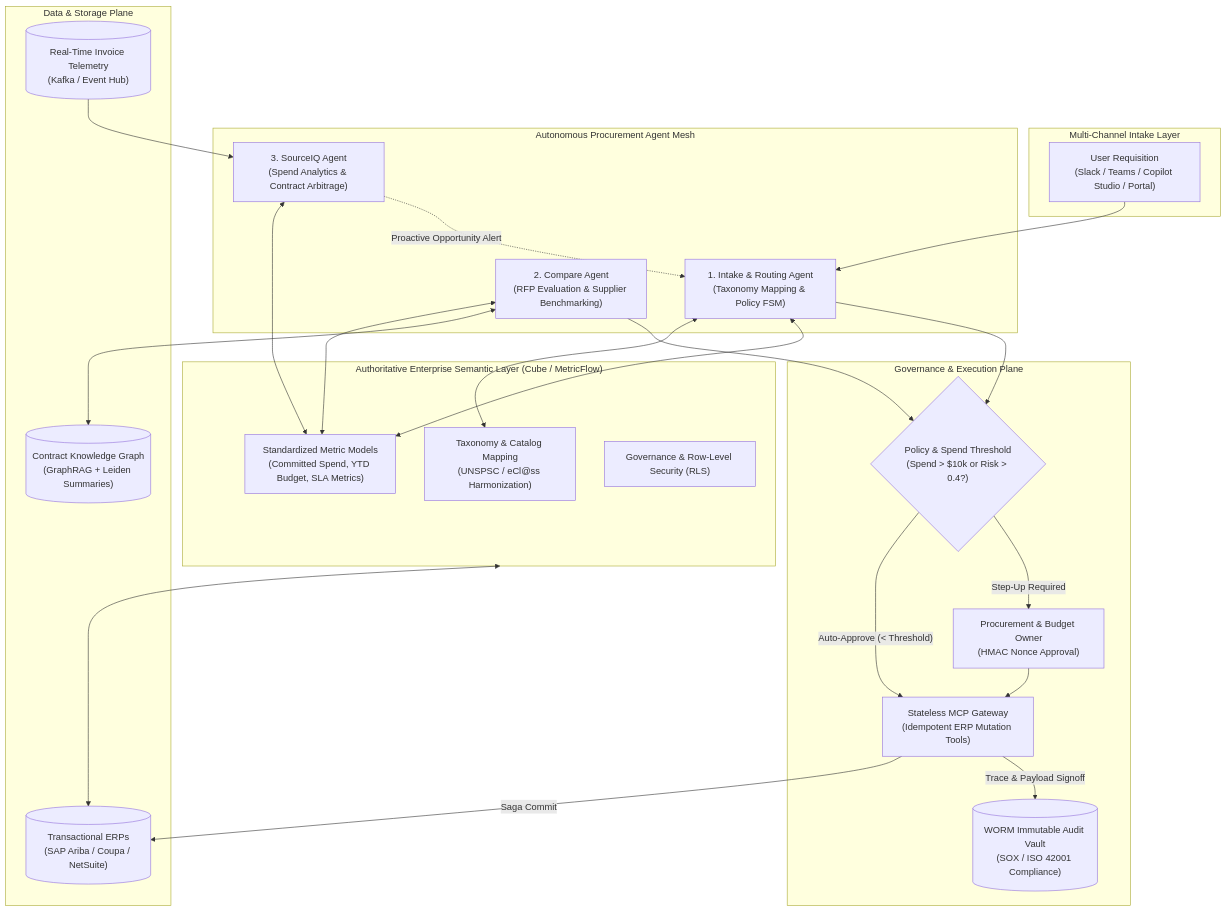
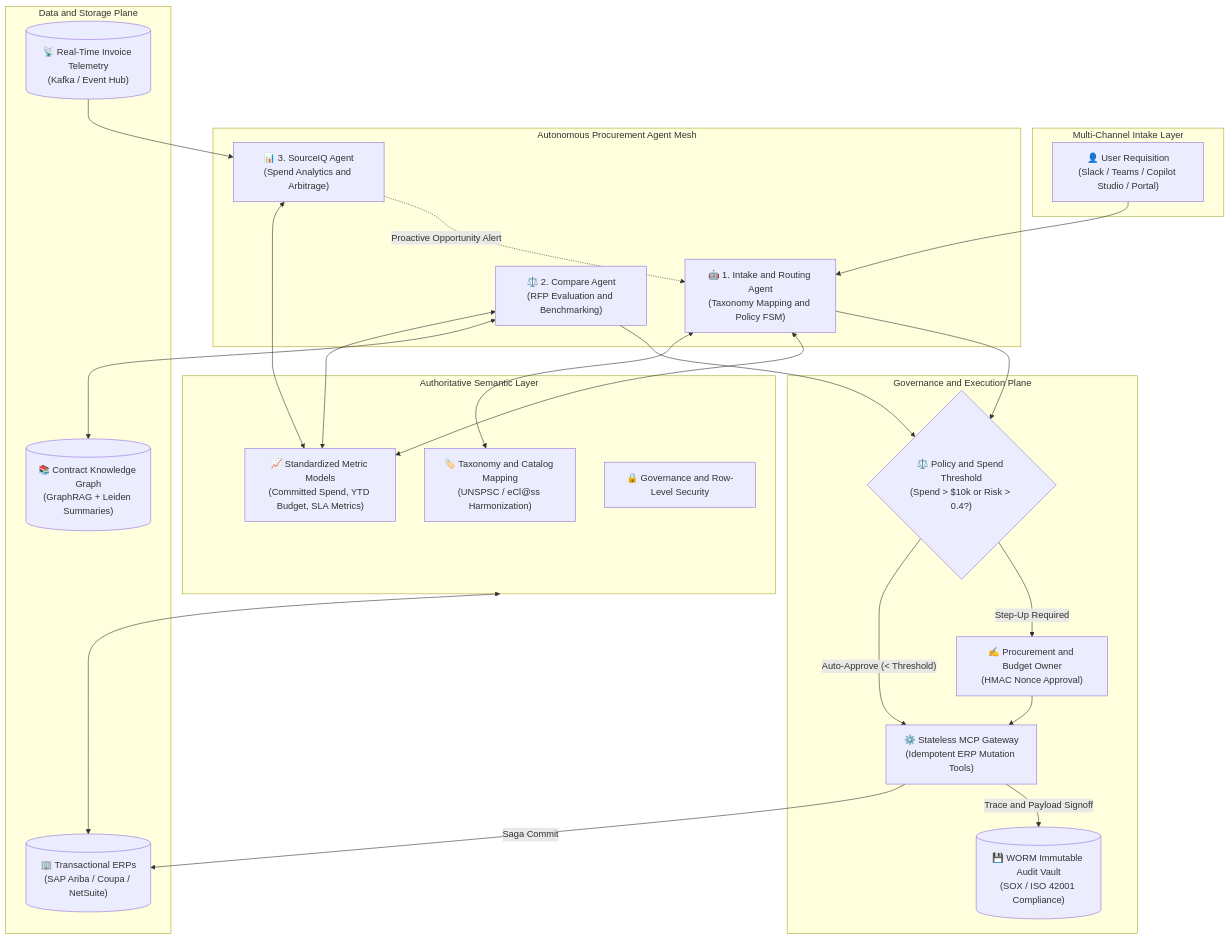
Diagram 11 of 11 in architecture/enterprise-ai-system-designs.md (dip4k/senior-engineer-to-ai-engineer-roadmap), drawn with Mermaid before and after one commit. The commit also changed other lines of this file and 94 other files, not shown here.

Commit message:
refactor(curriculum): complete Phase 04 upgrade and enforce diagram renderer invariants

````diff
--- a/architecture/enterprise-ai-system-designs.md
+++ b/architecture/enterprise-ai-system-designs.md
@@ -577,54 +577,54 @@
 ```mermaid
 flowchart TD
     subgraph Inbound["Multi-Channel Intake Layer"]
-        Req["User Requisition<br>(Slack / Teams / Copilot Studio / Portal)"]
+        Req["👤 User Requisition<br>(Slack / Teams / Copilot Studio / Portal)"]
     end
 
     subgraph MeshCore["Autonomous Procurement Agent Mesh"]
-        IntakeAgent["1. Intake & Routing Agent<br>(Taxonomy Mapping & Policy FSM)"]
-        CompareAgent["2. Compare Agent<br>(RFP Evaluation & Supplier Benchmarking)"]
-        SourceIQ["3. SourceIQ Agent<br>(Spend Analytics & Contract Arbitrage)"]
+        IntakeAgent["🤖 1. Intake and Routing Agent<br>(Taxonomy Mapping and Policy FSM)"]
+        CompareAgent["⚖️ 2. Compare Agent<br>(RFP Evaluation and Benchmarking)"]
+        SourceIQ["📊 3. SourceIQ Agent<br>(Spend Analytics and Arbitrage)"]
     end
 
-    subgraph SemanticLayer["Authoritative Enterprise Semantic Layer (Cube / MetricFlow)"]
-        Taxonomy["Taxonomy & Catalog Mapping<br>(UNSPSC / eCl@ss Harmonization)"]
-        MetricModels["Standardized Metric Models<br>(Committed Spend, YTD Budget, SLA Metrics)"]
-        AccessControl["Governance & Row-Level Security (RLS)"]
+    subgraph SemanticLayer["Authoritative Semantic Layer"]
+        Taxonomy["🏷️ Taxonomy and Catalog Mapping<br>(UNSPSC / eCl@ss Harmonization)"]
+        MetricModels["📈 Standardized Metric Models<br>(Committed Spend, YTD Budget, SLA Metrics)"]
+        AccessControl["🔒 Governance and Row-Level Security"]
     end
 
-    subgraph DataPlane["Data & Storage Plane"]
-        ERPs[("Transactional ERPs<br>(SAP Ariba / Coupa / NetSuite)")]
-        ContractRAG[("Contract Knowledge Graph<br>(GraphRAG + Leiden Summaries)")]
-        InvoiceStream[("Real-Time Invoice Telemetry<br>(Kafka / Event Hub)")]
+    subgraph DataPlane["Data and Storage Plane"]
+        ERPs[("🏢 Transactional ERPs<br>(SAP Ariba / Coupa / NetSuite)")]
+        ContractRAG[("📚 Contract Knowledge Graph<br>(GraphRAG + Leiden Summaries)")]
+        InvoiceStream[("📡 Real-Time Invoice Telemetry<br>(Kafka / Event Hub)")]
     end
 
-    subgraph ExecutionPlane["Governance & Execution Plane"]
-        HITL{"Policy & Spend Threshold<br>(Spend > $10k or Risk > 0.4?)"}
-        SignOff["Procurement & Budget Owner<br>(HMAC Nonce Approval)"]
-        MCP_Gateway["Stateless MCP Gateway<br>(Idempotent ERP Mutation Tools)"]
-        AuditLog[("WORM Immutable Audit Vault<br>(SOX / ISO 42001 Compliance)")]
+    subgraph ExecutionPlane["Governance and Execution Plane"]
+        HITL{"⚖️ Policy and Spend Threshold<br>(Spend > $10k or Risk > 0.4?)"}
+        SignOff["✍️ Procurement and Budget Owner<br>(HMAC Nonce Approval)"]
+        MCP_Gateway["⚙️ Stateless MCP Gateway<br>(Idempotent ERP Mutation Tools)"]
+        AuditLog[("💾 WORM Immutable Audit Vault<br>(SOX / ISO 42001 Compliance)")]
     end
 
     %% Flow connections
     Req --> IntakeAgent
     InvoiceStream --> SourceIQ
 
     IntakeAgent <--> Taxonomy
     IntakeAgent <--> MetricModels
     CompareAgent <--> MetricModels
     CompareAgent <--> ContractRAG
     SourceIQ <--> MetricModels
 
     SemanticLayer <--> ERPs
 
     IntakeAgent --> HITL
     CompareAgent --> HITL
     SourceIQ -.->|"Proactive Opportunity Alert"| IntakeAgent
 
     HITL -- "Auto-Approve (< Threshold)" --> MCP_Gateway
     HITL -- "Step-Up Required" --> SignOff
     SignOff --> MCP_Gateway
 
     MCP_Gateway -->|"Saga Commit"| ERPs
-    MCP_Gateway -->|"Trace & Payload Signoff"| AuditLog
+    MCP_Gateway -->|"Trace and Payload Signoff"| AuditLog
 ```
````
